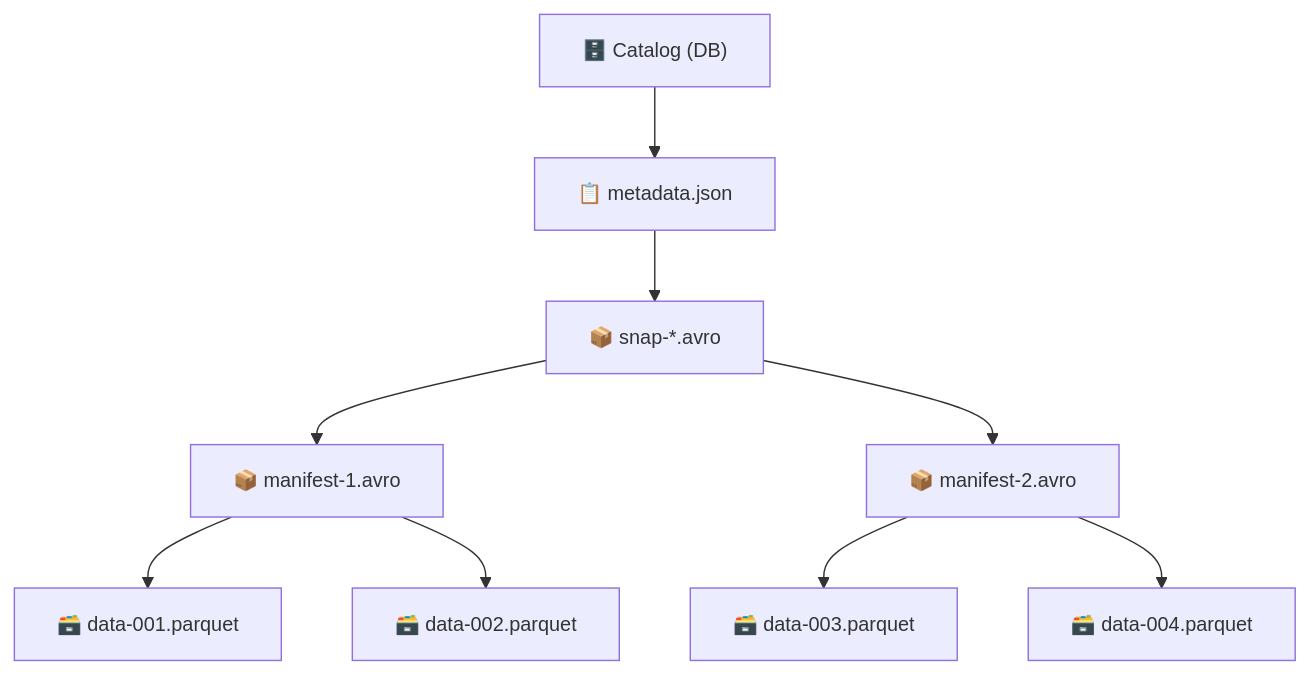
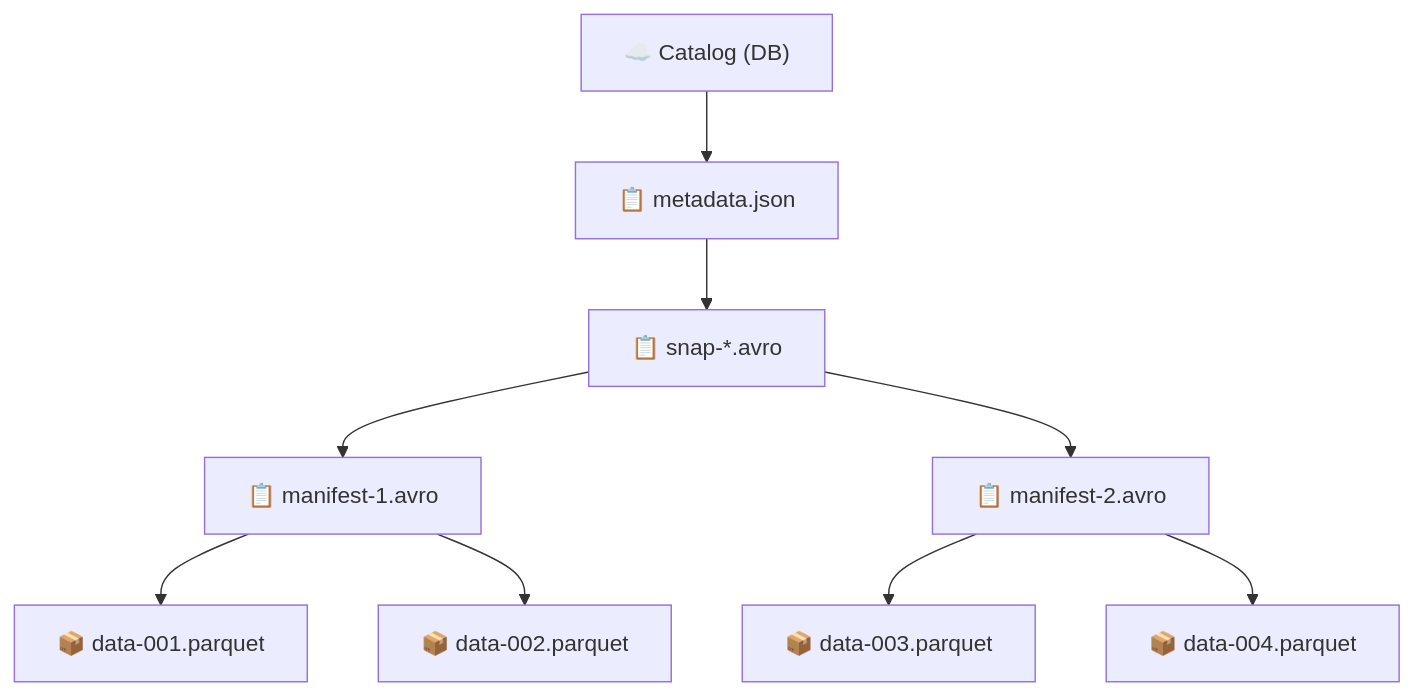
One commit to elephantum/talks changed the diagram in talk/diagrams/anatomy.mmd. Above: the diagram before and after it, drawn with Mermaid. The commit also changed 5 other files, not shown here.

```diff
--- a/talk/diagrams/anatomy.mmd
+++ b/talk/diagrams/anatomy.mmd
@@ -1,10 +1,9 @@
-%%{init: {'theme': 'default', 'themeVariables': { 'fontSize': '14px'}}}%%
 graph TD
-    C["🗄️ Catalog (DB)"] --> M["📋 metadata.json"]
-    M --> ML["📦 snap-*.avro"]
-    ML --> MF1["📦 manifest-1.avro"]
-    ML --> MF2["📦 manifest-2.avro"]
-    MF1 --> D1["🗃️ data-001.parquet"]
-    MF1 --> D2["🗃️ data-002.parquet"]
-    MF2 --> D3["🗃️ data-003.parquet"]
-    MF2 --> D4["🗃️ data-004.parquet"]
+    C["☁️ Catalog (DB)"] --> M["📋 metadata.json"]
+    M --> ML["📋 snap-*.avro"]
+    ML --> MF1["📋 manifest-1.avro"]
+    ML --> MF2["📋 manifest-2.avro"]
+    MF1 --> D1["📦 data-001.parquet"]
+    MF1 --> D2["📦 data-002.parquet"]
+    MF2 --> D3["📦 data-003.parquet"]
+    MF2 --> D4["📦 data-004.parquet"]
```
